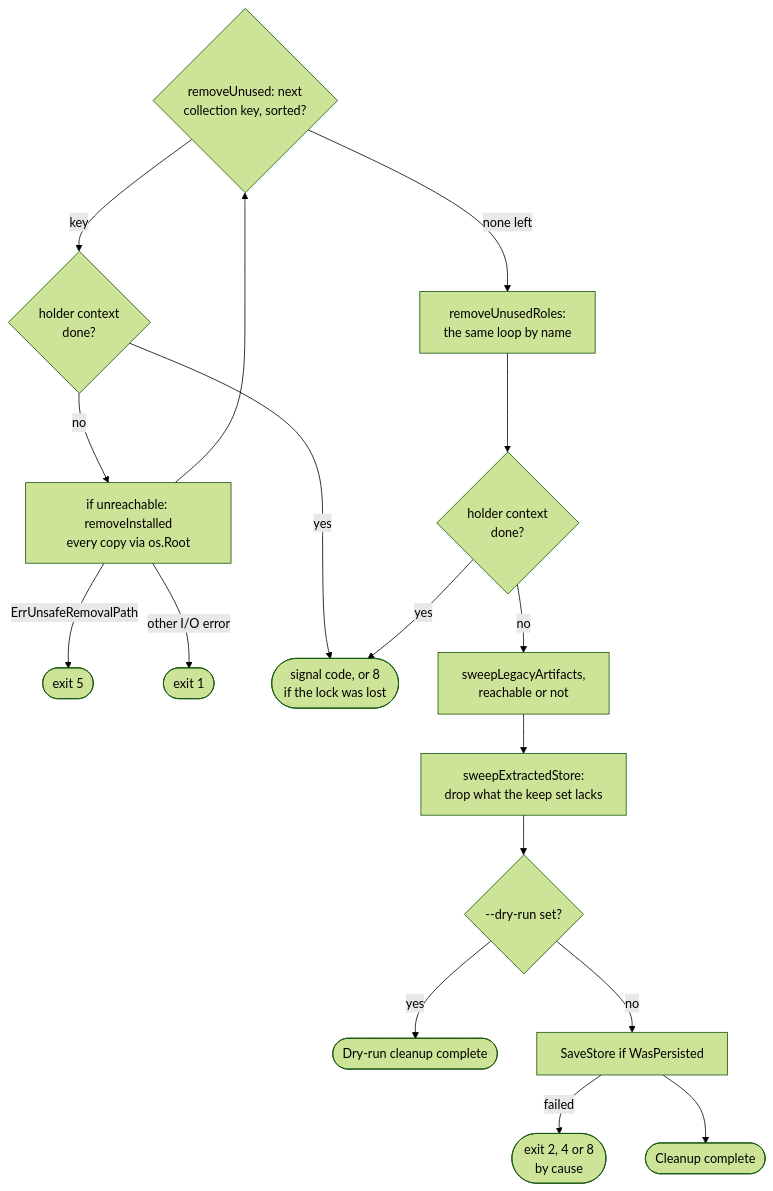
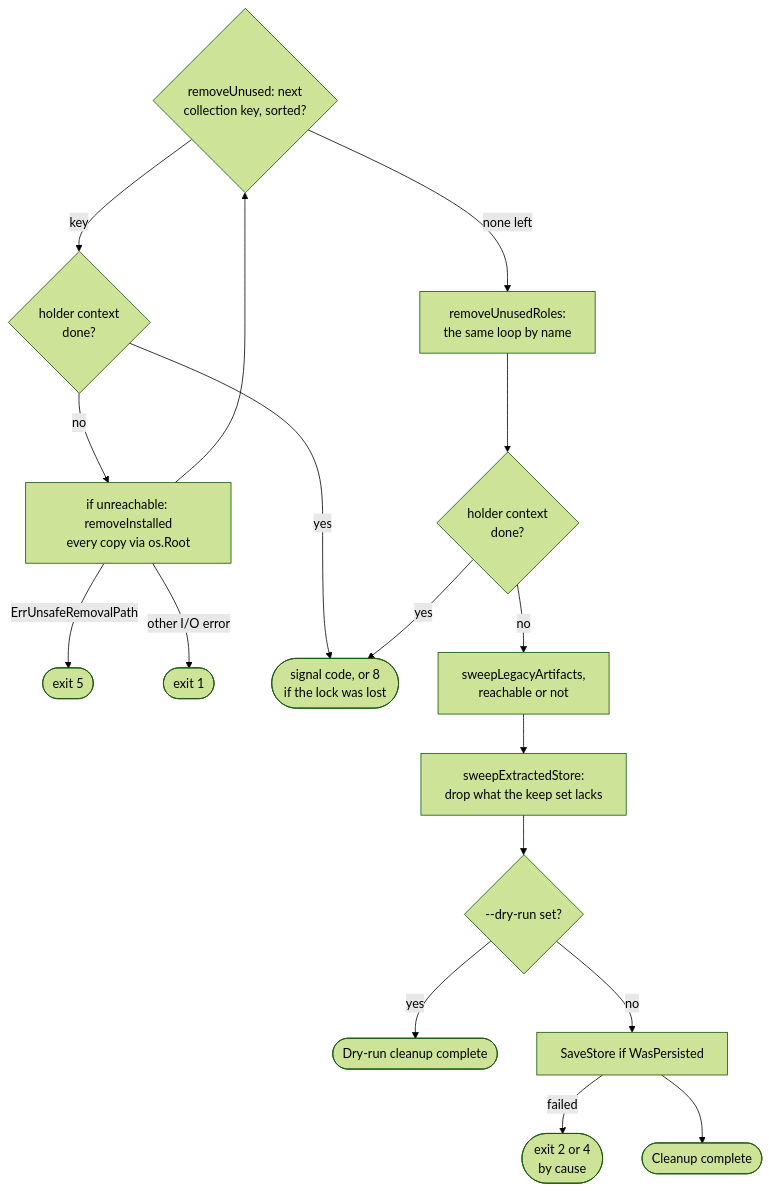
The third of 3 diagrams in docs/internals/flow-cleanup.md (greeddj/go-galaxy), drawn with Mermaid (forest theme) before and after one commit. The commit also changed other lines of this file and 36 other files, not shown here.

````diff
--- a/docs/internals/flow-cleanup.md
+++ b/docs/internals/flow-cleanup.md
@@ -87,19 +83,19 @@
 ```mermaid
 flowchart TD
     C{"removeUnused: next<br/>collection key, sorted?"} -->|"key"| CC{"holder context<br/>done?"}
     CC -->|"no"| CR["if unreachable: removeInstalled<br/>every copy via os.Root"]
     CR --> C
     CR -->|"ErrUnsafeRemovalPath"| X5(["exit 5"])
     CR -->|"other I/O error"| X1(["exit 1"])
     CC -->|"yes"| XC(["signal code, or 8<br/>if the lock was lost"])
     C -->|"none left"| R["removeUnusedRoles:<br/>the same loop by name"]
     R --> CX{"holder context<br/>done?"}
     CX -->|"yes"| XC
     CX -->|"no"| LG["sweepLegacyArtifacts,<br/>reachable or not"]
     LG --> EX["sweepExtractedStore:<br/>drop what the keep set lacks"]
     EX --> FN{"--dry-run set?"}
     FN -->|"yes"| DR(["Dry-run cleanup complete"])
     FN -->|"no"| SV["SaveStore if WasPersisted"]
-    SV -->|"failed"| XS(["exit 2, 4 or 8<br/>by cause"])
+    SV -->|"failed"| XS(["exit 2 or 4<br/>by cause"])
     SV --> DN(["Cleanup complete"])
 ```
````
